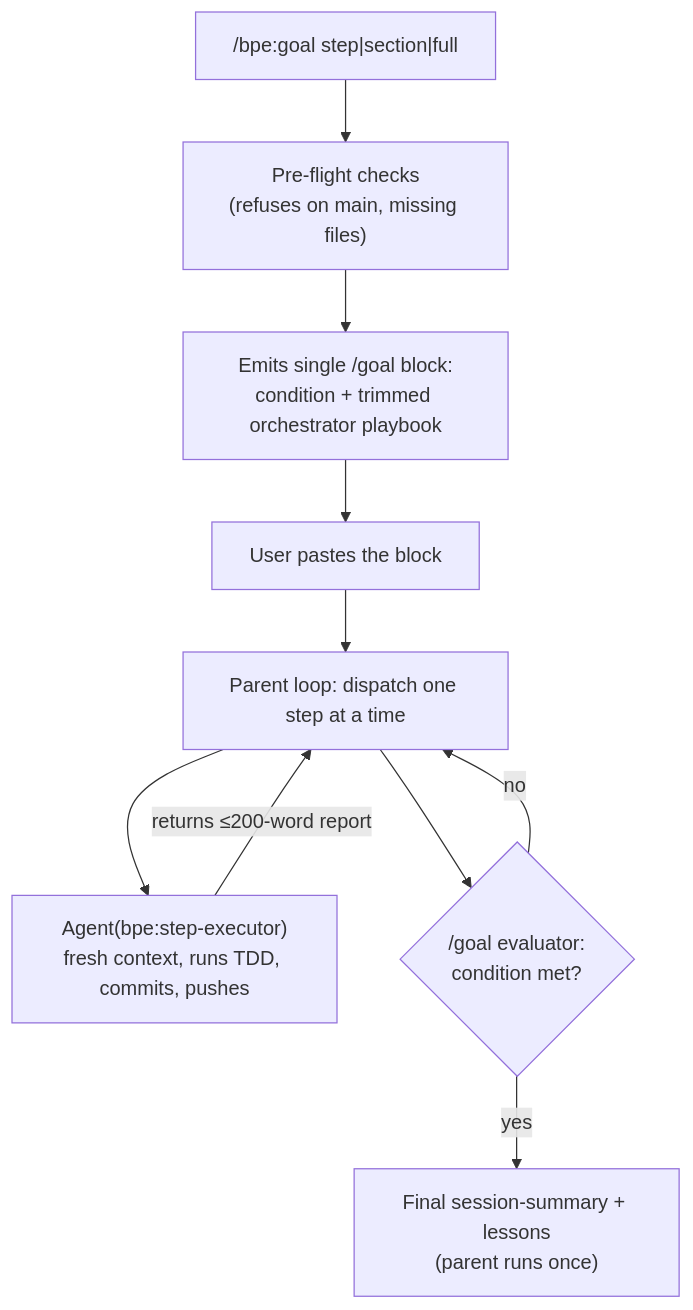
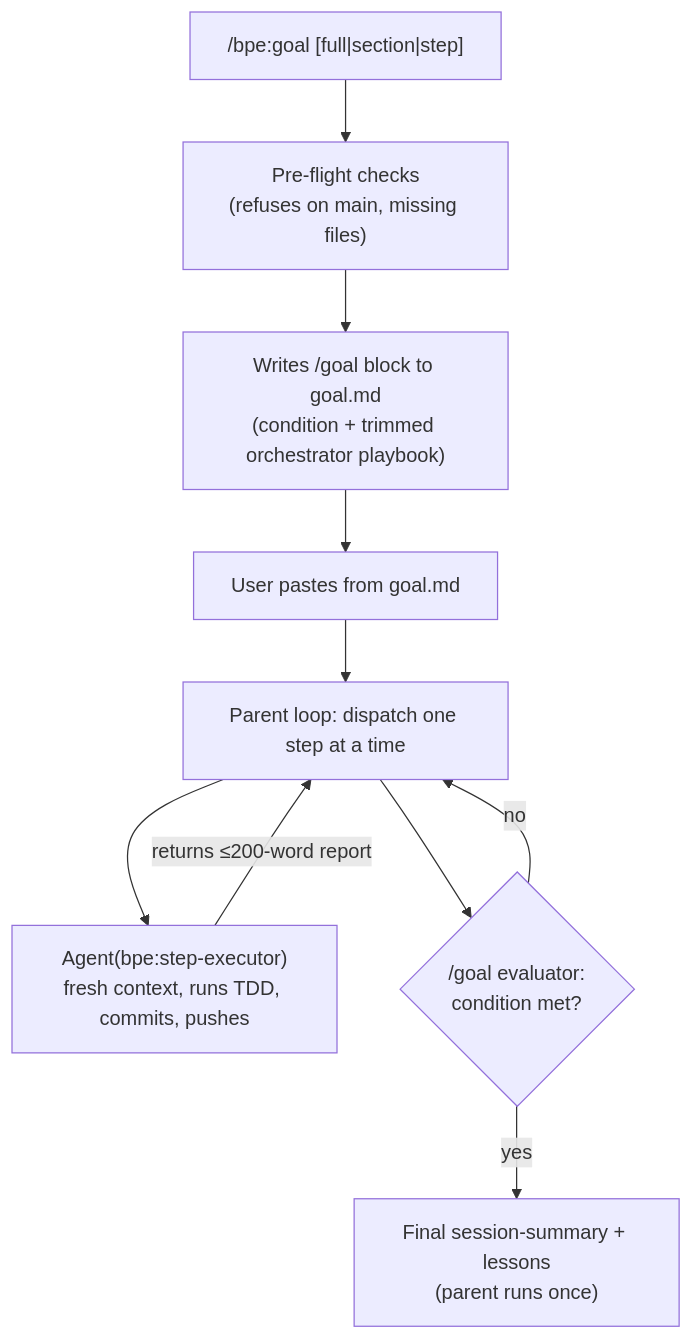
One commit to MasonEgger/claude-code-plugin changed the diagram in bpe/README.md. Above: the diagram before and after it, drawn with Mermaid. The commit also changed other lines of this file and 3 other files, not shown here.

First line of the commit message:
bpe: /bpe:goal writes to goal.md, defaults to full (0.4.8)

````diff
--- a/bpe/README.md
+++ b/bpe/README.md
@@ -48,12 +48,12 @@
 ```mermaid
 flowchart TD
-    A["/bpe:goal step|section|full"] --> B["Pre-flight checks<br/>(refuses on main, missing files)"]
-    B --> C["Emits single /goal block:<br/>condition + trimmed orchestrator playbook"]
-    C --> D["User pastes the block"]
+    A["/bpe:goal [full|section|step]"] --> B["Pre-flight checks<br/>(refuses on main, missing files)"]
+    B --> C["Writes /goal block to goal.md<br/>(condition + trimmed orchestrator playbook)"]
+    C --> D["User pastes from goal.md"]
     D --> E["Parent loop: dispatch one step at a time"]
     E --> F["Agent(bpe:step-executor)<br/>fresh context, runs TDD, commits, pushes"]
     F -->|"returns ≤200-word report"| E
     E --> G{"/goal evaluator:<br/>condition met?"}
     G -->|no| E
     G -->|yes| H["Final session-summary + lessons<br/>(parent runs once)"]
 ```
````
